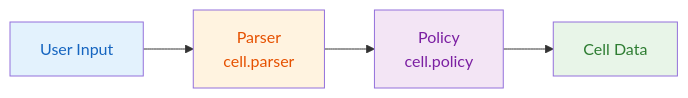
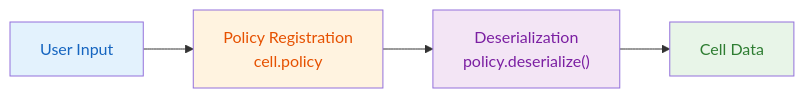
The second of 5 diagrams in packages/docs/pages/development/architecture.mdx (walkframe/gridsheet), drawn with Mermaid before and after one commit. The commit also changed other lines of this file and 17 other files, not shown here.

````diff
--- a/packages/docs/pages/development/architecture.mdx
+++ b/packages/docs/pages/development/architecture.mdx
@@ -88,11 +90,11 @@
 ```mermaid
 graph LR
-    UI["User Input"] --> PARSER["Parser<br/>cell.parser"]
-    PARSER --> POLICY["Policy<br/>cell.policy"]
-    POLICY --> CD["Cell Data"]
+    UI["User Input"] --> POL_REG["Policy Registration<br/>cell.policy"]
+    POL_REG --> DESERIALIZE["Deserialization<br/>policy.deserialize()"]
+    DESERIALIZE --> CD["Cell Data"]
     
     style UI fill:#e3f2fd,color:#1565c0
-    style PARSER fill:#fff3e0,color:#e65100
-    style POLICY fill:#f3e5f5,color:#7b1fa2
+    style POL_REG fill:#fff3e0,color:#e65100
+    style DESERIALIZE fill:#f3e5f5,color:#7b1fa2
     style CD fill:#e8f5e8,color:#2e7d32
 ```
````
